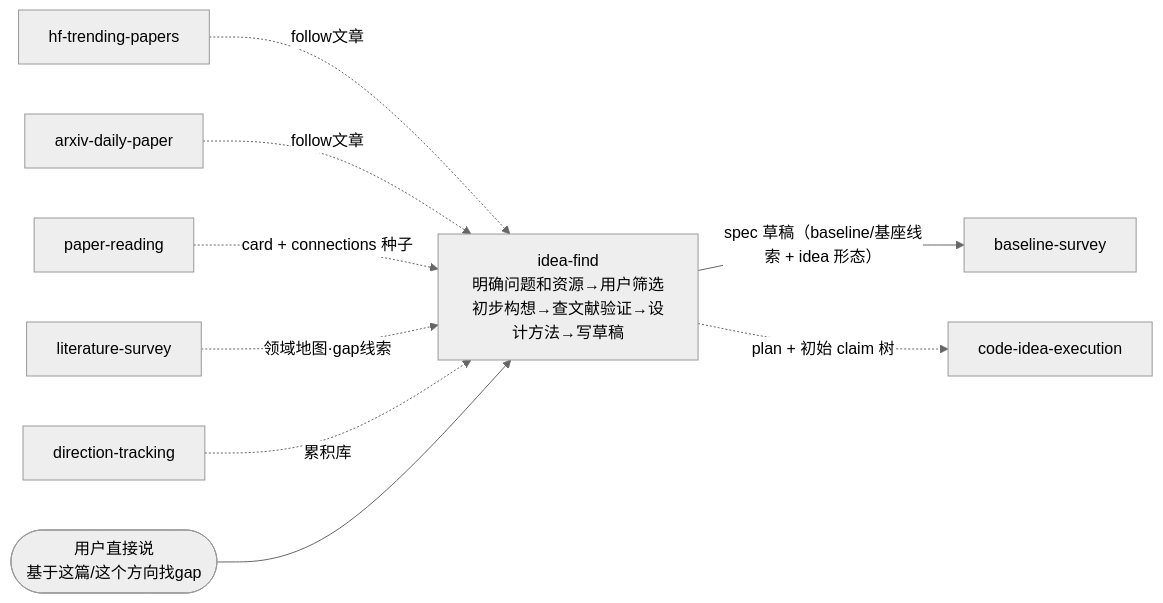
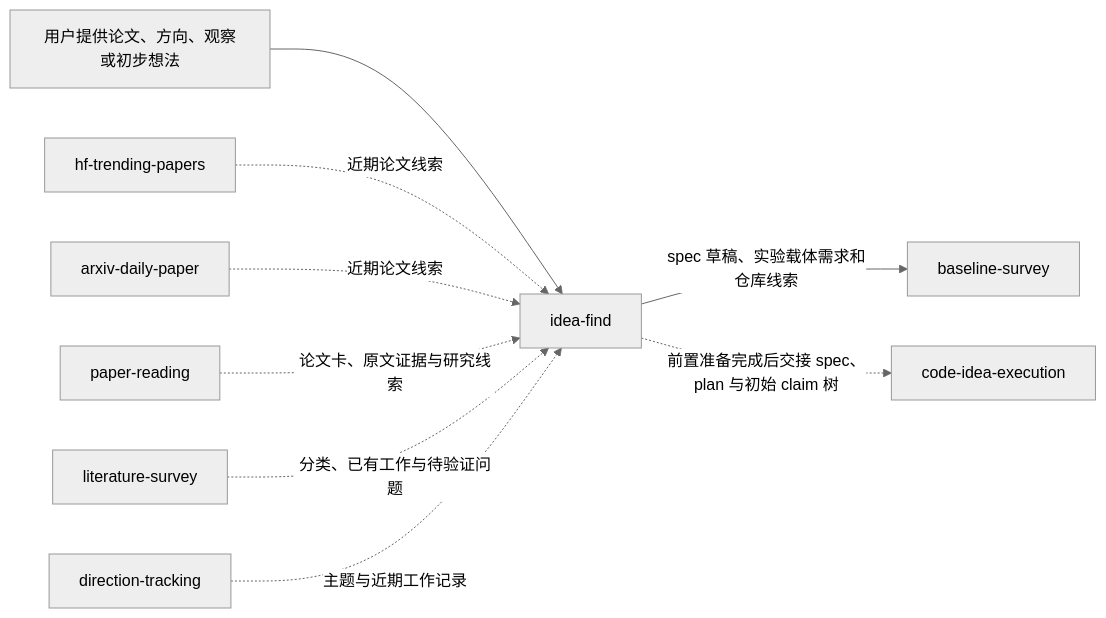
The first of 2 diagrams in plugins/dl-assistant/skills/idea-find/SKILL.md (jackwang0108/dl-assistant), drawn with Mermaid (neutral theme) before and after one commit. The commit also changed other lines of this file and 30 other files, not shown here.

````diff
--- a/plugins/dl-assistant/skills/idea-find/SKILL.md
+++ b/plugins/dl-assistant/skills/idea-find/SKILL.md
@@ -20,12 +20,11 @@
 ```mermaid
 flowchart LR
-    HF[hf-trending-papers] -.->|follow文章| IF
-    AD[arxiv-daily-paper] -.->|follow文章| IF
-    PR[paper-reading] -.->|card + connections 种子| IF
-    LS[literature-survey] -.->|领域地图·gap线索| IF
-    DT[direction-tracking] -.->|累积库| IF
-    USER(["用户直接说<br/>基于这篇/这个方向找gap"]) --> IF
-    IF["idea-find<br/>明确问题和资源→用户筛选初步构想→查文献验证→设计方法→写草稿"]
-    IF -->|spec 草稿（baseline/基座线索 + idea 形态）| BS[baseline-survey]
-    IF -.->|plan + 初始 claim 树| EX[code-idea-execution]
+    USER["用户提供论文、方向、观察或初步想法"] --> IF["idea-find"]
+    HF["hf-trending-papers"] -.->|"近期论文线索"| IF
+    AD["arxiv-daily-paper"] -.->|"近期论文线索"| IF
+    PR["paper-reading"] -.->|"论文卡、原文证据与研究线索"| IF
+    LS["literature-survey"] -.->|"分类、已有工作与待验证问题"| IF
+    DT["direction-tracking"] -.->|"主题与近期工作记录"| IF
+    IF -->|"spec 草稿、实验载体需求和仓库线索"| BS["baseline-survey"]
+    IF -.->|"前置准备完成后交接 spec、plan 与初始 claim 树"| EX["code-idea-execution"]
 ```
````
